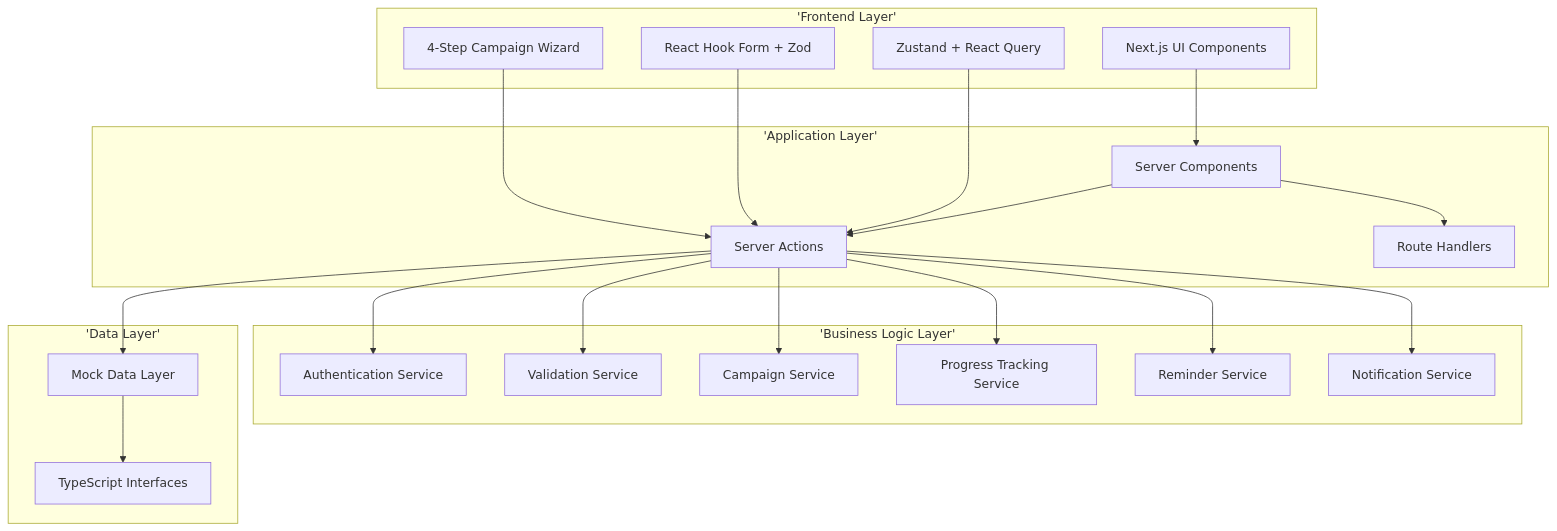
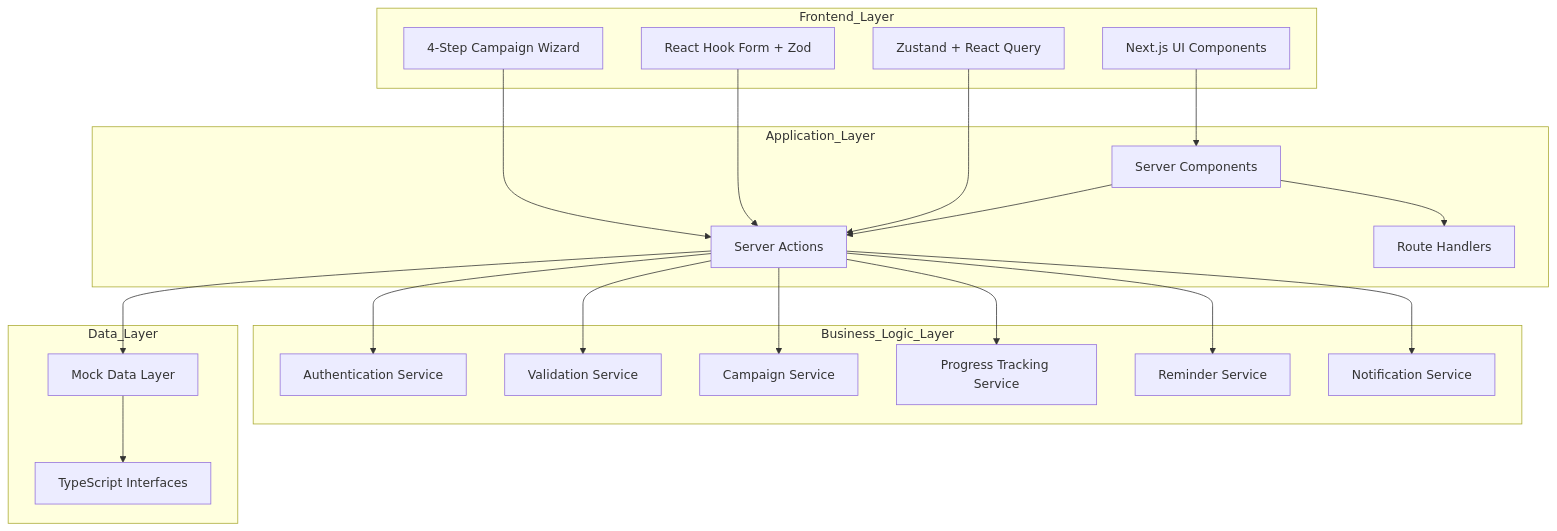
The first of 23 diagrams in docs/app/vendor-management/requests-for-pricing/FD-requests-for-pricing.md (PeakMNA/carmen), drawn with Mermaid before and after one commit. The commit also changed other lines of this file and 473 other files, not shown here.

````diff
--- a/docs/app/vendor-management/requests-for-pricing/FD-requests-for-pricing.md
+++ b/docs/app/vendor-management/requests-for-pricing/FD-requests-for-pricing.md
@@ -33,44 +34,44 @@
 ```mermaid
 graph TB
-    subgraph Frontend['Frontend Layer']
+    subgraph Frontend_Layer
         UI[Next.js UI Components]
         Wizard[4-Step Campaign Wizard]
         Forms[React Hook Form + Zod]
         State[Zustand + React Query]
     end
 
-    subgraph Application['Application Layer']
+    subgraph Application_Layer
         Pages[Server Components]
         Actions[Server Actions]
         API[Route Handlers]
     end
 
-    subgraph Business['Business Logic Layer']
+    subgraph Business_Logic_Layer
         Auth[Authentication Service]
         Validation[Validation Service]
         Campaign[Campaign Service]
         Progress[Progress Tracking Service]
         Reminder[Reminder Service]
         Notification[Notification Service]
     end
 
-    subgraph Data['Data Layer']
+    subgraph Data_Layer
         MockData[Mock Data Layer]
         Types[TypeScript Interfaces]
     end
 
     UI --> Pages
     Wizard --> Actions
     Forms --> Actions
     State --> Actions
     Pages --> Actions
     Pages --> API
     Actions --> Auth
     Actions --> Validation
     Actions --> Campaign
     Actions --> Progress
     Actions --> Reminder
     Actions --> Notification
     Actions --> MockData
     MockData --> Types
 ```
````
